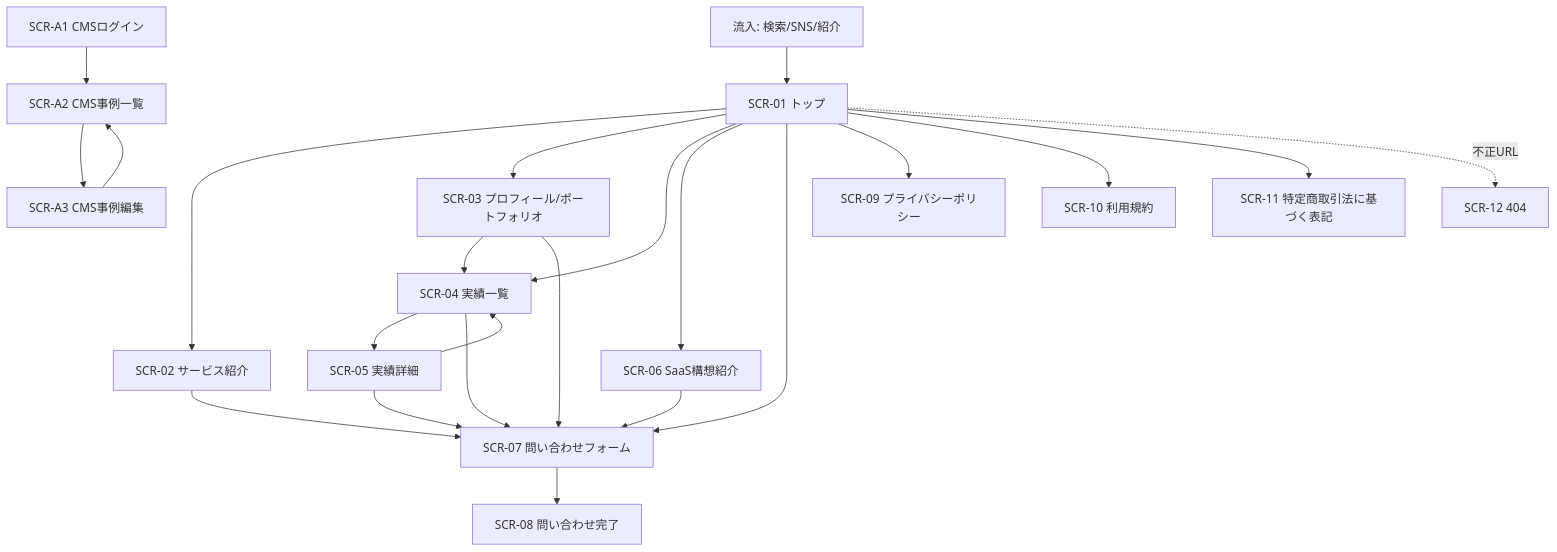
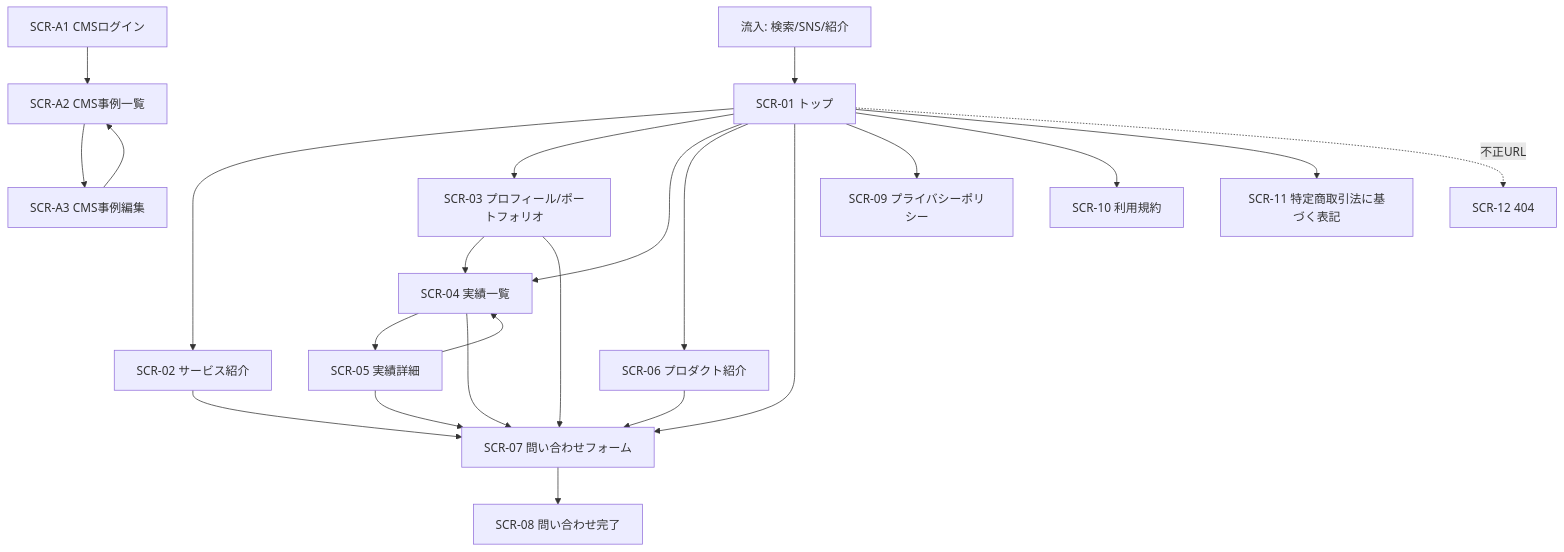
The first of 4 diagrams in docs/01_要件定義/04_画面遷移図_screen-transition.md (YU-Kawasaki-05/Ardors-website), drawn with Mermaid before and after one commit. The commit also changed other lines of this file and 32 other files, not shown here.

````diff
--- a/docs/01_要件定義/04_画面遷移図_screen-transition.md
+++ b/docs/01_要件定義/04_画面遷移図_screen-transition.md
@@ -23,29 +25,29 @@
 ```mermaid
 flowchart TD
     IN[流入: 検索/SNS/紹介] --> SCR01[SCR-01 トップ]
     SCR01 --> SCR02[SCR-02 サービス紹介]
     SCR01 --> SCR03[SCR-03 プロフィール/ポートフォリオ]
     SCR01 --> SCR04[SCR-04 実績一覧]
-    SCR01 --> SCR06[SCR-06 SaaS構想紹介]
+    SCR01 --> SCR06[SCR-06 プロダクト紹介]
     SCR01 --> SCR07[SCR-07 問い合わせフォーム]
 
     SCR02 --> SCR07
     SCR03 --> SCR04
     SCR03 --> SCR07
     SCR04 --> SCR05[SCR-05 実績詳細]
     SCR04 --> SCR07
     SCR05 --> SCR04
     SCR05 --> SCR07
     SCR06 --> SCR07
 
     SCR01 --> SCR09[SCR-09 プライバシーポリシー]
     SCR01 --> SCR10[SCR-10 利用規約]
     SCR01 --> SCR11[SCR-11 特定商取引法に基づく表記]
     SCR07 --> SCR08[SCR-08 問い合わせ完了]
 
     SCRA1[SCR-A1 CMSログイン] --> SCRA2[SCR-A2 CMS事例一覧]
     SCRA2 --> SCRA3[SCR-A3 CMS事例編集]
     SCRA3 --> SCRA2
 
     SCR01 -. 不正URL .-> SCR12[SCR-12 404]
 ```
````
